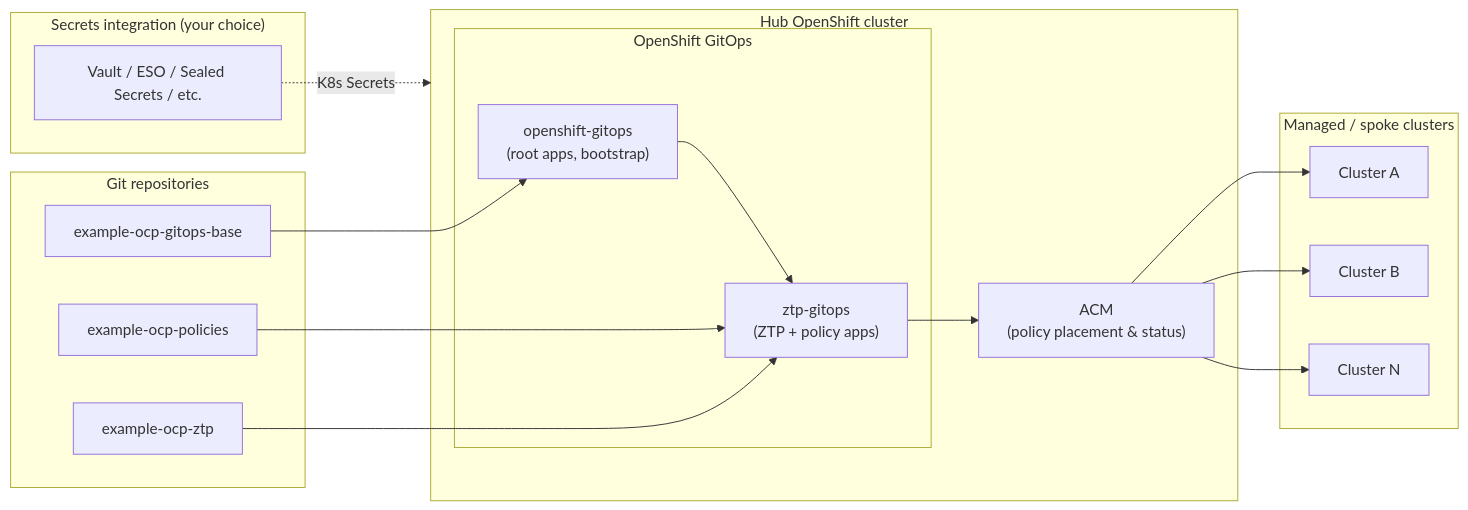
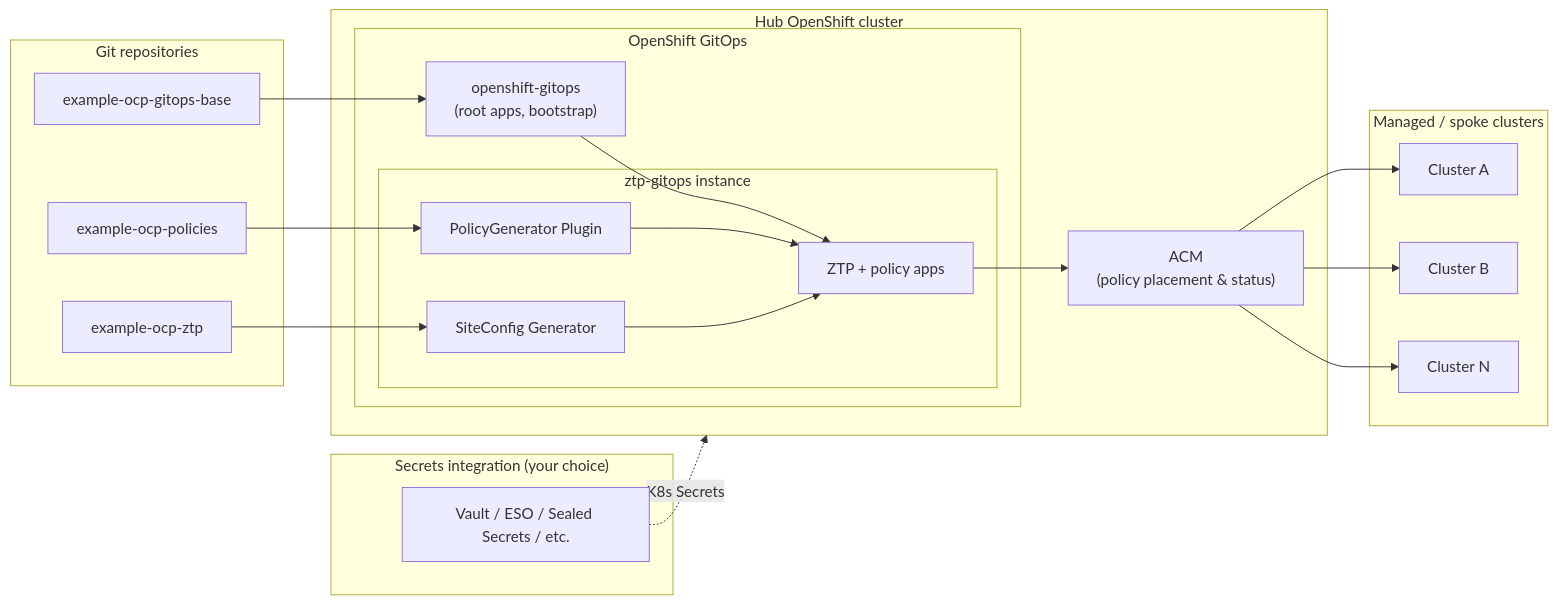
One commit to Federated-Fleet-Forge/example-ocp-gitops-base changed the first of 2 diagrams in docs/architecture.md. Above: the diagram before and after it, drawn with Mermaid. The commit also changed other lines of this file, not shown here.

Commit message:
Update diagrams

````diff
--- a/docs/architecture.md
+++ b/docs/architecture.md
@@ -113,36 +113,42 @@
 ```mermaid
 flowchart LR
   subgraph git["Git repositories"]
     GB["example-ocp-gitops-base"]
     POL["example-ocp-policies"]
     ZTP["example-ocp-ztp"]
   end
 
   subgraph secrets["Secrets integration (your choice)"]
     SM["Vault / ESO / Sealed Secrets / etc."]
   end
 
   subgraph hub["Hub OpenShift cluster"]
     subgraph argo["OpenShift GitOps"]
       OG["openshift-gitops\n(root apps, bootstrap)"]
-      ZG["ztp-gitops\n(ZTP + policy apps)"]
+      subgraph zg_instance["ztp-gitops instance"]
+        ZG["ZTP + policy apps"]
+        PG["PolicyGenerator Plugin"]
+        SG["SiteConfig Generator"]
+      end
     end
     ACM["ACM\n(policy placement & status)"]
   end
 
   subgraph spokes["Managed / spoke clusters"]
     C1["Cluster A"]
     C2["Cluster B"]
     CN["Cluster N"]
   end
 
   GB --> OG
   OG --> ZG
-  POL --> ZG
-  ZTP --> ZG
-  SM -.->|K8s Secrets| hub
+  POL --> PG
+  ZTP --> SG
+  PG --> ZG
+  SG --> ZG
+  SM -.->|"K8s Secrets"| hub
   ZG --> ACM
   ACM --> C1
   ACM --> C2
   ACM --> CN
 ```
````
